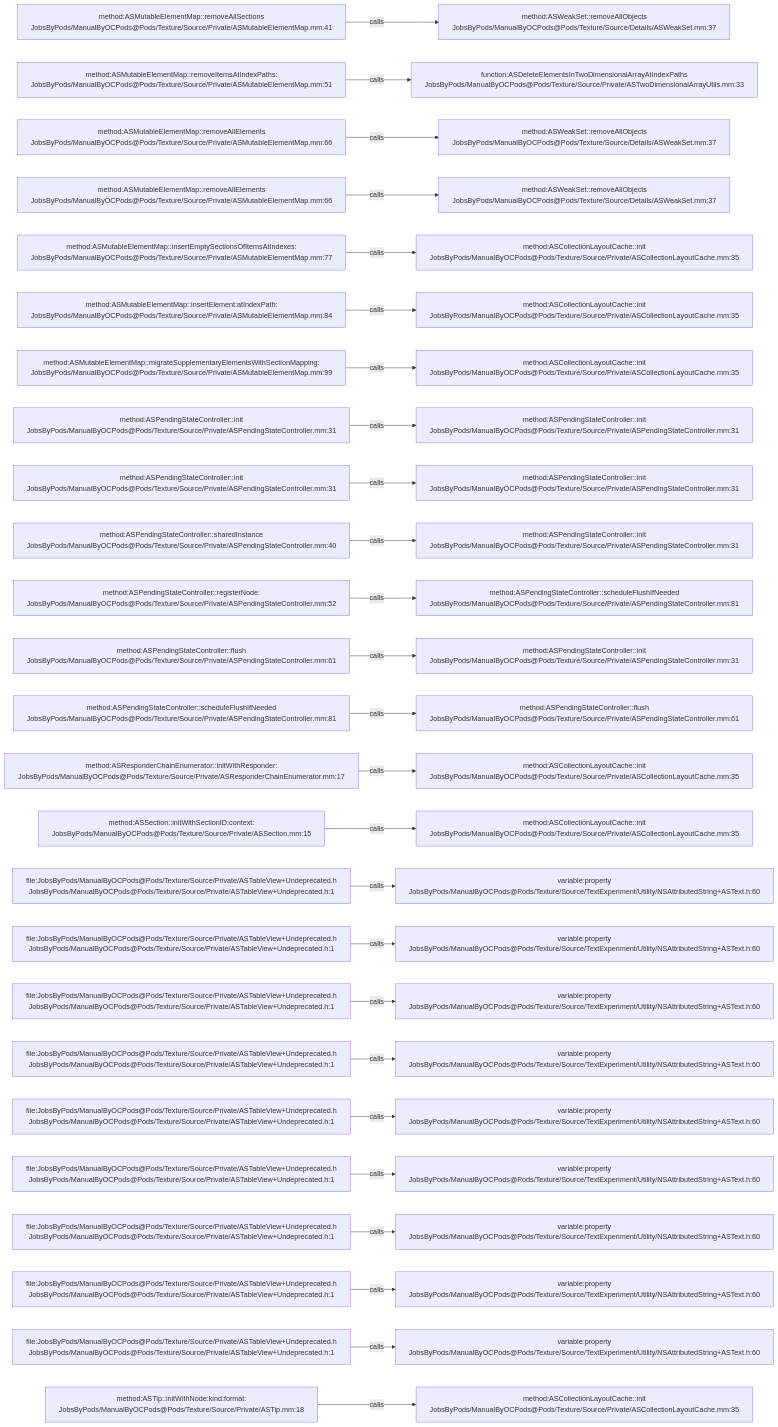
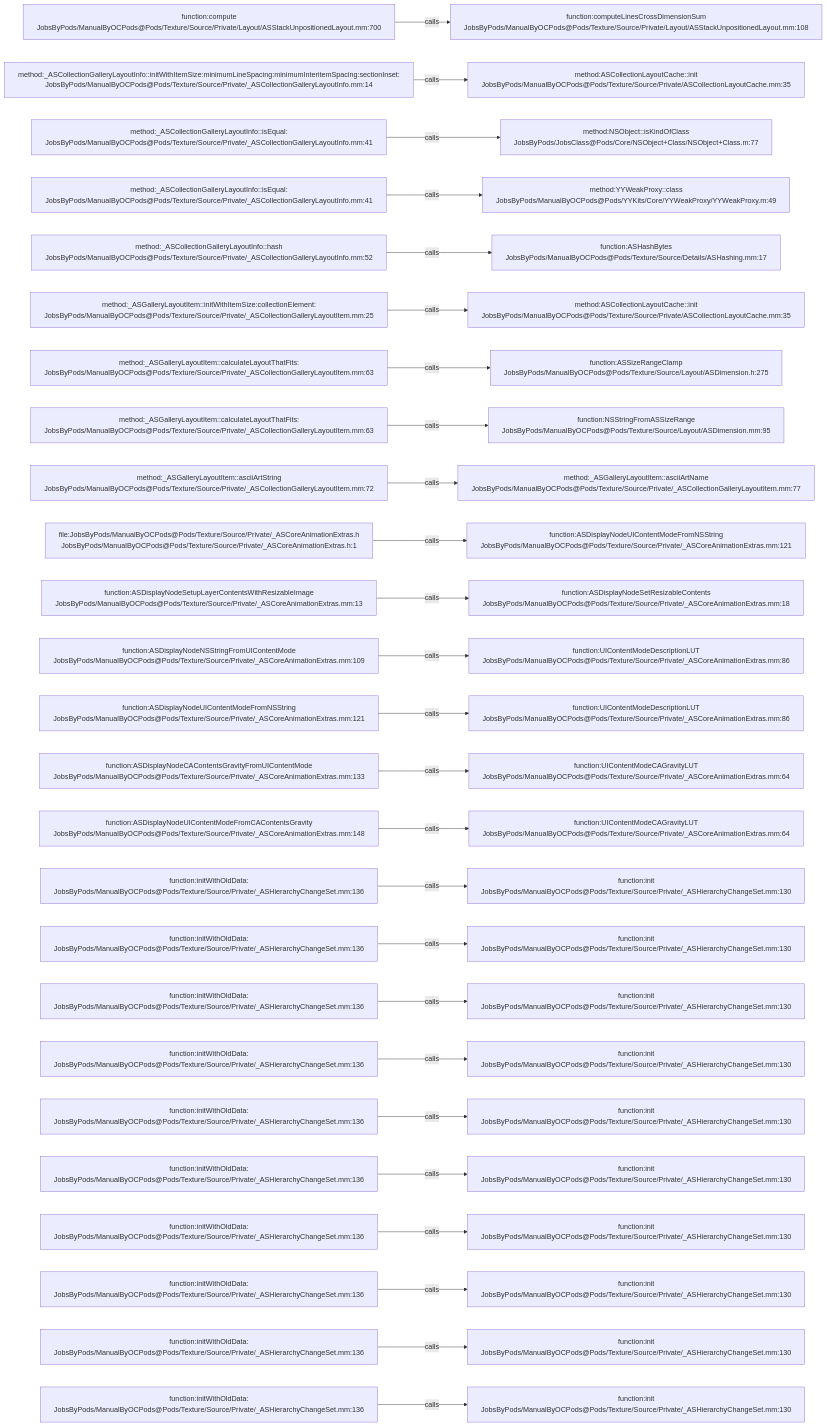
The diagram in .codegraph/codegraph.md/graphs/calls-199.md (JobsKits/JobsOCBaseConfigDemo), drawn with Mermaid before and after one commit. The commit also changed 1223 other files, not shown here.

````diff
--- a/.codegraph/codegraph.md/graphs/calls-199.md
+++ b/.codegraph/codegraph.md/graphs/calls-199.md
@@ -13,78 +13,78 @@
 ```mermaid
 flowchart LR
-  S1["method:ASMutableElementMap::removeAllSections<br/>JobsByPods/ManualByOCPods@Pods/Texture/Source/Private/ASMutableElementMap.mm:41"]
-  T1["method:ASWeakSet::removeAllObjects<br/>JobsByPods/ManualByOCPods@Pods/Texture/Source/Details/ASWeakSet.mm:37"]
+  S1["function:compute<br/>JobsByPods/ManualByOCPods@Pods/Texture/Source/Private/Layout/ASStackUnpositionedLayout.mm:700"]
+  T1["function:computeLinesCrossDimensionSum<br/>JobsByPods/ManualByOCPods@Pods/Texture/Source/Private/Layout/ASStackUnpositionedLayout.mm:108"]
   S1 -->|calls| T1
-  S2["method:ASMutableElementMap::removeItemsAtIndexPaths:<br/>JobsByPods/ManualByOCPods@Pods/Texture/Source/Private/ASMutableElementMap.mm:51"]
-  T2["function:ASDeleteElementsInTwoDimensionalArrayAtIndexPaths<br/>JobsByPods/ManualByOCPods@Pods/Texture/Source/Private/ASTwoDimensionalArrayUtils.mm:33"]
+  S2["method:_ASCollectionGalleryLayoutInfo::initWithItemSize:minimumLineSpacing:minimumInteritemSpacing:sectionInset:<br/>JobsByPods/ManualByOCPods@Pods/Texture/Source/Private/_ASCollectionGalleryLayoutInfo.mm:14"]
+  T2["method:ASCollectionLayoutCache::init<br/>JobsByPods/ManualByOCPods@Pods/Texture/Source/Private/ASCollectionLayoutCache.mm:35"]
   S2 -->|calls| T2
-  S3["method:ASMutableElementMap::removeAllElements<br/>JobsByPods/ManualByOCPods@Pods/Texture/Source/Private/ASMutableElementMap.mm:66"]
-  T3["method:ASWeakSet::removeAllObjects<br/>JobsByPods/ManualByOCPods@Pods/Texture/Source/Details/ASWeakSet.mm:37"]
+  S3["method:_ASCollectionGalleryLayoutInfo::isEqual:<br/>JobsByPods/ManualByOCPods@Pods/Texture/Source/Private/_ASCollectionGalleryLayoutInfo.mm:41"]
+  T3["method:NSObject::isKindOfClass<br/>JobsByPods/JobsClass@Pods/Core/NSObject+Class/NSObject+Class.m:77"]
   S3 -->|calls| T3
-  S4["method:ASMutableElementMap::removeAllElements<br/>JobsByPods/ManualByOCPods@Pods/Texture/Source/Private/ASMutableElementMap.mm:66"]
-  T4["method:ASWeakSet::removeAllObjects<br/>JobsByPods/ManualByOCPods@Pods/Texture/Source/Details/ASWeakSet.mm:37"]
+  S4["method:_ASCollectionGalleryLayoutInfo::isEqual:<br/>JobsByPods/ManualByOCPods@Pods/Texture/Source/Private/_ASCollectionGalleryLayoutInfo.mm:41"]
+  T4["method:YYWeakProxy::class<br/>JobsByPods/ManualByOCPods@Pods/YYKits/Core/YYWeakProxy/YYWeakProxy.m:49"]
   S4 -->|calls| T4
-  S5["method:ASMutableElementMap::insertEmptySectionsOfItemsAtIndexes:<br/>JobsByPods/ManualByOCPods@Pods/Texture/Source/Private/ASMutableElementMap.mm:77"]
-  T5["method:ASCollectionLayoutCache::init<br/>JobsByPods/ManualByOCPods@Pods/Texture/Source/Private/ASCollectionLayoutCache.mm:35"]
+  S5["method:_ASCollectionGalleryLayoutInfo::hash<br/>JobsByPods/ManualByOCPods@Pods/Texture/Source/Private/_ASCollectionGalleryLayoutInfo.mm:52"]
+  T5["function:ASHashBytes<br/>JobsByPods/ManualByOCPods@Pods/Texture/Source/Details/ASHashing.mm:17"]
   S5 -->|calls| T5
-  S6["method:ASMutableElementMap::insertElement:atIndexPath:<br/>JobsByPods/ManualByOCPods@Pods/Texture/Source/Private/ASMutableElementMap.mm:84"]
+  S6["method:_ASGalleryLayoutItem::initWithItemSize:collectionElement:<br/>JobsByPods/ManualByOCPods@Pods/Texture/Source/Private/_ASCollectionGalleryLayoutItem.mm:25"]
   T6["method:ASCollectionLayoutCache::init<br/>JobsByPods/ManualByOCPods@Pods/Texture/Source/Private/ASCollectionLayoutCache.mm:35"]
   S6 -->|calls| T6
-  S7["method:ASMutableElementMap::migrateSupplementaryElementsWithSectionMapping:<br/>JobsByPods/ManualByOCPods@Pods/Texture/Source/Private/ASMutableElementMap.mm:99"]
-  T7["method:ASCollectionLayoutCache::init<br/>JobsByPods/ManualByOCPods@Pods/Texture/Source/Private/ASCollectionLayoutCache.mm:35"]
+  S7["method:_ASGalleryLayoutItem::calculateLayoutThatFits:<br/>JobsByPods/ManualByOCPods@Pods/Texture/Source/Private/_ASCollectionGalleryLayoutItem.mm:63"]
+  T7["function:ASSizeRangeClamp<br/>JobsByPods/ManualByOCPods@Pods/Texture/Source/Layout/ASDimension.h:275"]
   S7 -->|calls| T7
-  S8["method:ASPendingStateController::init<br/>JobsByPods/ManualByOCPods@Pods/Texture/Source/Private/ASPendingStateController.mm:31"]
-  T8["method:ASPendingStateController::init<br/>JobsByPods/ManualByOCPods@Pods/Texture/Source/Private/ASPendingStateController.mm:31"]
+  S8["method:_ASGalleryLayoutItem::calculateLayoutThatFits:<br/>JobsByPods/ManualByOCPods@Pods/Texture/Source/Private/_ASCollectionGalleryLayoutItem.mm:63"]
+  T8["function:NSStringFromASSizeRange<br/>JobsByPods/ManualByOCPods@Pods/Texture/Source/Layout/ASDimension.mm:95"]
   S8 -->|calls| T8
-  S9["method:ASPendingStateController::init<br/>JobsByPods/ManualByOCPods@Pods/Texture/Source/Private/ASPendingStateController.mm:31"]
-  T9["method:ASPendingStateController::init<br/>JobsByPods/ManualByOCPods@Pods/Texture/Source/Private/ASPendingStateController.mm:31"]
+  S9["method:_ASGalleryLayoutItem::asciiArtString<br/>JobsByPods/ManualByOCPods@Pods/Texture/Source/Private/_ASCollectionGalleryLayoutItem.mm:72"]
+  T9["method:_ASGalleryLayoutItem::asciiArtName<br/>JobsByPods/ManualByOCPods@Pods/Texture/Source/Private/_ASCollectionGalleryLayoutItem.mm:77"]
   S9 -->|calls| T9
-  S10["method:ASPendingStateController::sharedInstance<br/>JobsByPods/ManualByOCPods@Pods/Texture/Source/Private/ASPendingStateController.mm:40"]
-  T10["method:ASPendingStateController::init<br/>JobsByPods/ManualByOCPods@Pods/Texture/Source/Private/ASPendingStateController.mm:31"]
+  S10["file:JobsByPods/ManualByOCPods@Pods/Texture/Source/Private/_ASCoreAnimationExtras.h<br/>JobsByPods/ManualByOCPods@Pods/Texture/Source/Private/_ASCoreAnimationExtras.h:1"]
+  T10["function:ASDisplayNodeUIContentModeFromNSString<br/>JobsByPods/ManualByOCPods@Pods/Texture/Source/Private/_ASCoreAnimationExtras.mm:121"]
   S10 -->|calls| T10
-  S11["method:ASPendingStateController::registerNode:<br/>JobsByPods/ManualByOCPods@Pods/Texture/Source/Private/ASPendingStateController.mm:52"]
-  T11["method:ASPendingStateController::scheduleFlushIfNeeded<br/>JobsByPods/ManualByOCPods@Pods/Texture/Source/Private/ASPendingStateController.mm:81"]
+  S11["function:ASDisplayNodeSetupLayerContentsWithResizableImage<br/>JobsByPods/ManualByOCPods@Pods/Texture/Source/Private/_ASCoreAnimationExtras.mm:13"]
+  T11["function:ASDisplayNodeSetResizableContents<br/>JobsByPods/ManualByOCPods@Pods/Texture/Source/Private/_ASCoreAnimationExtras.mm:18"]
   S11 -->|calls| T11
-  S12["method:ASPendingStateController::flush<br/>JobsByPods/ManualByOCPods@Pods/Texture/Source/Private/ASPendingStateController.mm:61"]
-  T12["method:ASPendingStateController::init<br/>JobsByPods/ManualByOCPods@Pods/Texture/Source/Private/ASPendingStateController.mm:31"]
+  S12["function:ASDisplayNodeNSStringFromUIContentMode<br/>JobsByPods/ManualByOCPods@Pods/Texture/Source/Private/_ASCoreAnimationExtras.mm:109"]
+  T12["function:UIContentModeDescriptionLUT<br/>JobsByPods/ManualByOCPods@Pods/Texture/Source/Private/_ASCoreAnimationExtras.mm:86"]
   S12 -->|calls| T12
-  S13["method:ASPendingStateController::scheduleFlushIfNeeded<br/>JobsByPods/ManualByOCPods@Pods/Texture/Source/Private/ASPendingStateController.mm:81"]
-  T13["method:ASPendingStateController::flush<br/>JobsByPods/ManualByOCPods@Pods/Texture/Source/Private/ASPendingStateController.mm:61"]
+  S13["function:ASDisplayNodeUIContentModeFromNSString<br/>JobsByPods/ManualByOCPods@Pods/Texture/Source/Private/_ASCoreAnimationExtras.mm:121"]
+  T13["function:UIContentModeDescriptionLUT<br/>JobsByPods/ManualByOCPods@Pods/Texture/Source/Private/_ASCoreAnimationExtras.mm:86"]
   S13 -->|calls| T13
-  S14["method:ASResponderChainEnumerator::initWithResponder:<br/>JobsByPods/ManualByOCPods@Pods/Texture/Source/Private/ASResponderChainEnumerator.mm:17"]
-  T14["method:ASCollectionLayoutCache::init<br/>JobsByPods/ManualByOCPods@Pods/Texture/Source/Private/ASCollectionLayoutCache.mm:35"]
+  S14["function:ASDisplayNodeCAContentsGravityFromUIContentMode<br/>JobsByPods/ManualByOCPods@Pods/Texture/Source/Private/_ASCoreAnimationExtras.mm:133"]
+  T14["function:UIContentModeCAGravityLUT<br/>JobsByPods/ManualByOCPods@Pods/Texture/Source/Private/_ASCoreAnimationExtras.mm:64"]
   S14 -->|calls| T14
-  S15["method:ASSection::initWithSectionID:context:<br/>JobsByPods/ManualByOCPods@Pods/Texture/Source/Private/ASSection.mm:15"]
-  T15["method:ASCollectionLayoutCache::init<br/>JobsByPods/ManualByOCPods@Pods/Texture/Source/Private/ASCollectionLayoutCache.mm:35"]
+  S15["function:ASDisplayNodeUIContentModeFromCAContentsGravity<br/>JobsByPods/ManualByOCPods@Pods/Texture/Source/Private/_ASCoreAnimationExtras.mm:148"]
+  T15["function:UIContentModeCAGravityLUT<br/>JobsByPods/ManualByOCPods@Pods/Texture/Source/Private/_ASCoreAnimationExtras.mm:64"]
   S15 -->|calls| T15
-  S16["file:JobsByPods/ManualByOCPods@Pods/Texture/Source/Private/ASTableView+Undeprecated.h<br/>JobsByPods/ManualByOCPods@Pods/Texture/Source/Private/ASTableView+Undeprecated.h:1"]
-  T16["variable:property<br/>JobsByPods/ManualByOCPods@Pods/Texture/Source/TextExperiment/Utility/NSAttributedString+ASText.h:60"]
+  S16["function:initWithOldData:<br/>JobsByPods/ManualByOCPods@Pods/Texture/Source/Private/_ASHierarchyChangeSet.mm:136"]
+  T16["function:init<br/>JobsByPods/ManualByOCPods@Pods/Texture/Source/Private/_ASHierarchyChangeSet.mm:130"]
   S16 -->|calls| T16
-  S17["file:JobsByPods/ManualByOCPods@Pods/Texture/Source/Private/ASTableView+Undeprecated.h<br/>JobsByPods/ManualByOCPods@Pods/Texture/Source/Private/ASTableView+Undeprecated.h:1"]
-  T17["variable:property<br/>JobsByPods/ManualByOCPods@Pods/Texture/Source/TextExperiment/Utility/NSAttributedString+ASText.h:60"]
+  S17["function:initWithOldData:<br/>JobsByPods/ManualByOCPods@Pods/Texture/Source/Private/_ASHierarchyChangeSet.mm:136"]
+  T17["function:init<br/>JobsByPods/ManualByOCPods@Pods/Texture/Source/Private/_ASHierarchyChangeSet.mm:130"]
   S17 -->|calls| T17
-  S18["file:JobsByPods/ManualByOCPods@Pods/Texture/Source/Private/ASTableView+Undeprecated.h<br/>JobsByPods/ManualByOCPods@Pods/Texture/Source/Private/ASTableView+Undeprecated.h:1"]
-  T18["variable:property<br/>JobsByPods/ManualByOCPods@Pods/Texture/Source/TextExperiment/Utility/NSAttributedString+ASText.h:60"]
+  S18["function:initWithOldData:<br/>JobsByPods/ManualByOCPods@Pods/Texture/Source/Private/_ASHierarchyChangeSet.mm:136"]
+  T18["function:init<br/>JobsByPods/ManualByOCPods@Pods/Texture/Source/Private/_ASHierarchyChangeSet.mm:130"]
   S18 -->|calls| T18
-  S19["file:JobsByPods/ManualByOCPods@Pods/Texture/Source/Private/ASTableView+Undeprecated.h<br/>JobsByPods/ManualByOCPods@Pods/Texture/Source/Private/ASTableView+Undeprecated.h:1"]
-  T19["variable:property<br/>JobsByPods/ManualByOCPods@Pods/Texture/Source/TextExperiment/Utility/NSAttributedString+ASText.h:60"]
+  S19["function:initWithOldData:<br/>JobsByPods/ManualByOCPods@Pods/Texture/Source/Private/_ASHierarchyChangeSet.mm:136"]
+  T19["function:init<br/>JobsByPods/ManualByOCPods@Pods/Texture/Source/Private/_ASHierarchyChangeSet.mm:130"]
   S19 -->|calls| T19
-  S20["file:JobsByPods/ManualByOCPods@Pods/Texture/Source/Private/ASTableView+Undeprecated.h<br/>JobsByPods/ManualByOCPods@Pods/Texture/Source/Private/ASTableView+Undeprecated.h:1"]
-  T20["variable:property<br/>JobsByPods/ManualByOCPods@Pods/Texture/Source/TextExperiment/Utility/NSAttributedString+ASText.h:60"]
+  S20["function:initWithOldData:<br/>JobsByPods/ManualByOCPods@Pods/Texture/Source/Private/_ASHierarchyChangeSet.mm:136"]
+  T20["function:init<br/>JobsByPods/ManualByOCPods@Pods/Texture/Source/Private/_ASHierarchyChangeSet.mm:130"]
   S20 -->|calls| T20
-  S21["file:JobsByPods/ManualByOCPods@Pods/Texture/Source/Private/ASTableView+Undeprecated.h<br/>JobsByPods/ManualByOCPods@Pods/Texture/Source/Private/ASTableView+Undeprecated.h:1"]
-  T21["variable:property<br/>JobsByPods/ManualByOCPods@Pods/Texture/Source/TextExperiment/Utility/NSAttributedString+ASText.h:60"]
+  S21["function:initWithOldData:<br/>JobsByPods/ManualByOCPods@Pods/Texture/Source/Private/_ASHierarchyChangeSet.mm:136"]
+  T21["function:init<br/>JobsByPods/ManualByOCPods@Pods/Texture/Source/Private/_ASHierarchyChangeSet.mm:130"]
   S21 -->|calls| T21
-  S22["file:JobsByPods/ManualByOCPods@Pods/Texture/Source/Private/ASTableView+Undeprecated.h<br/>JobsByPods/ManualByOCPods@Pods/Texture/Source/Private/ASTableView+Undeprecated.h:1"]
-  T22["variable:property<br/>JobsByPods/ManualByOCPods@Pods/Texture/Source/TextExperiment/Utility/NSAttributedString+ASText.h:60"]
+  S22["function:initWithOldData:<br/>JobsByPods/ManualByOCPods@Pods/Texture/Source/Private/_ASHierarchyChangeSet.mm:136"]
+  T22["function:init<br/>JobsByPods/ManualByOCPods@Pods/Texture/Source/Private/_ASHierarchyChangeSet.mm:130"]
   S22 -->|calls| T22
-  S23["file:JobsByPods/ManualByOCPods@Pods/Texture/Source/Private/ASTableView+Undeprecated.h<br/>JobsByPods/ManualByOCPods@Pods/Texture/Source/Private/ASTableView+Undeprecated.h:1"]
-  T23["variable:property<br/>JobsByPods/ManualByOCPods@Pods/Texture/Source/TextExperiment/Utility/NSAttributedString+ASText.h:60"]
+  S23["function:initWithOldData:<br/>JobsByPods/ManualByOCPods@Pods/Texture/Source/Private/_ASHierarchyChangeSet.mm:136"]
+  T23["function:init<br/>JobsByPods/ManualByOCPods@Pods/Texture/Source/Private/_ASHierarchyChangeSet.mm:130"]
   S23 -->|calls| T23
-  S24["file:JobsByPods/ManualByOCPods@Pods/Texture/Source/Private/ASTableView+Undeprecated.h<br/>JobsByPods/ManualByOCPods@Pods/Texture/Source/Private/ASTableView+Undeprecated.h:1"]
-  T24["variable:property<br/>JobsByPods/ManualByOCPods@Pods/Texture/Source/TextExperiment/Utility/NSAttributedString+ASText.h:60"]
+  S24["function:initWithOldData:<br/>JobsByPods/ManualByOCPods@Pods/Texture/Source/Private/_ASHierarchyChangeSet.mm:136"]
+  T24["function:init<br/>JobsByPods/ManualByOCPods@Pods/Texture/Source/Private/_ASHierarchyChangeSet.mm:130"]
   S24 -->|calls| T24
-  S25["method:ASTip::initWithNode:kind:format:<br/>JobsByPods/ManualByOCPods@Pods/Texture/Source/Private/ASTip.mm:18"]
-  T25["method:ASCollectionLayoutCache::init<br/>JobsByPods/ManualByOCPods@Pods/Texture/Source/Private/ASCollectionLayoutCache.mm:35"]
+  S25["function:initWithOldData:<br/>JobsByPods/ManualByOCPods@Pods/Texture/Source/Private/_ASHierarchyChangeSet.mm:136"]
+  T25["function:init<br/>JobsByPods/ManualByOCPods@Pods/Texture/Source/Private/_ASHierarchyChangeSet.mm:130"]
   S25 -->|calls| T25
 ```
````
